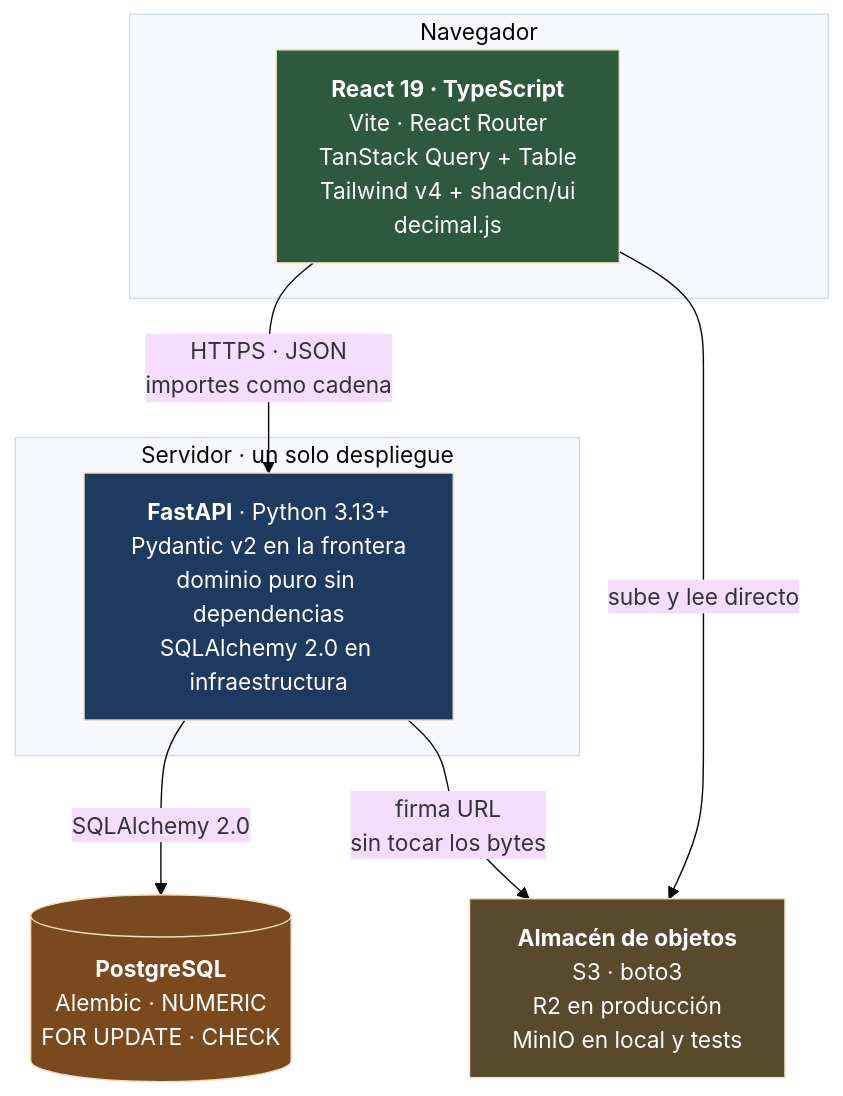
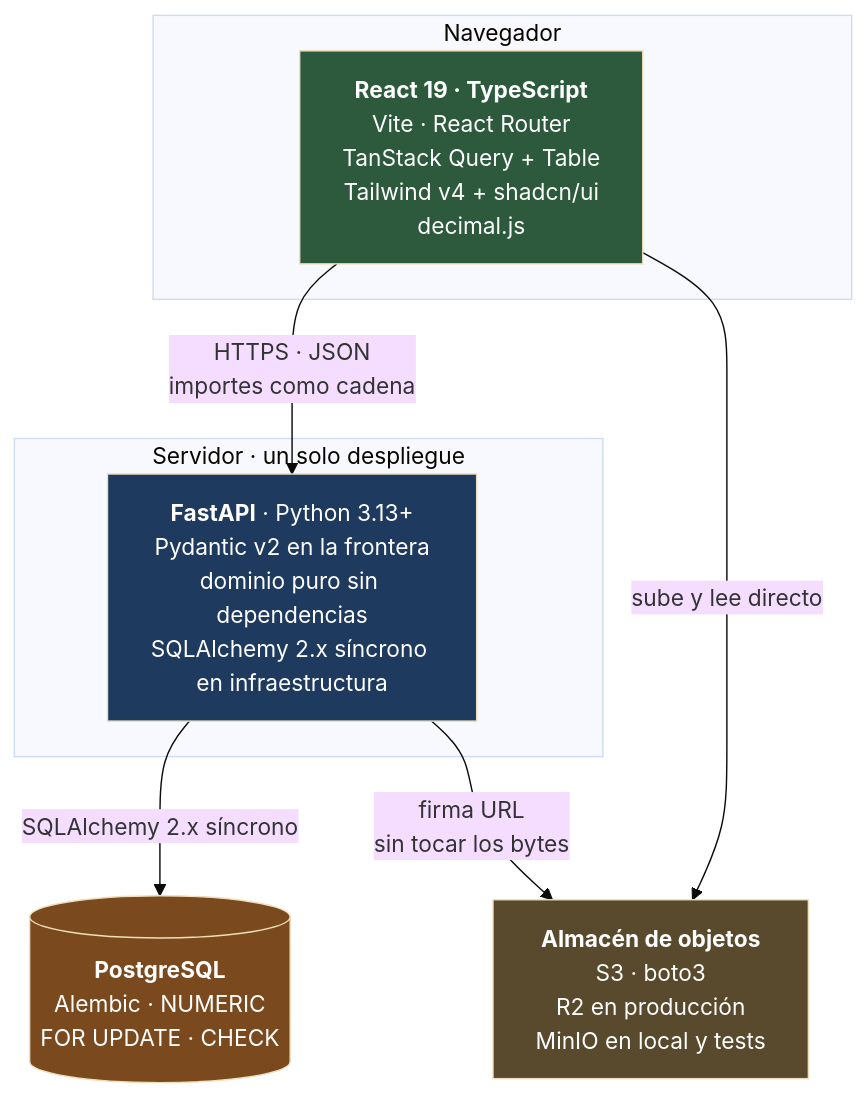
Before and after one commit to FranciscoRodSilva/IA4Devs-Proyecto-Final: the diagram in docs/06-stack-tecnologico.md, drawn with Mermaid (base theme). The commit also changed other lines of this file and 44 other files, not shown here.

````diff
--- a/docs/06-stack-tecnologico.md
+++ b/docs/06-stack-tecnologico.md
@@ -45,23 +45,23 @@
 ```mermaid
 graph TB
     subgraph NAV["Navegador"]
         FE["<b>React 19 · TypeScript</b><br/>Vite · React Router<br/>TanStack Query + Table<br/>Tailwind v4 + shadcn/ui<br/>decimal.js"]
     end
 
     subgraph SRV["Servidor · un solo despliegue"]
-        API["<b>FastAPI</b> · Python 3.13+<br/>Pydantic v2 en la frontera<br/>dominio puro sin dependencias<br/>SQLAlchemy 2.0 en infraestructura"]
+        API["<b>FastAPI</b> · Python 3.13+<br/>Pydantic v2 en la frontera<br/>dominio puro sin dependencias<br/>SQLAlchemy 2.x síncrono en infraestructura"]
     end
 
     DB[("<b>PostgreSQL</b><br/>Alembic · NUMERIC<br/>FOR UPDATE · CHECK")]
     FS["<b>Almacén de objetos</b><br/>S3 · boto3<br/>R2 en producción<br/>MinIO en local y tests"]
 
     FE -->|"HTTPS · JSON<br/>importes como cadena"| API
-    API -->|"SQLAlchemy 2.0"| DB
+    API -->|"SQLAlchemy 2.x síncrono"| DB
     API -->|"firma URL<br/>sin tocar los bytes"| FS
     FE -->|"sube y lee directo"| FS
 
     style FE fill:#2d5a3d,color:#fff
     style API fill:#1e3a5f,color:#fff
     style DB fill:#7a4a1e,color:#fff
     style FS fill:#5a4a2d,color:#fff
 ```
````
